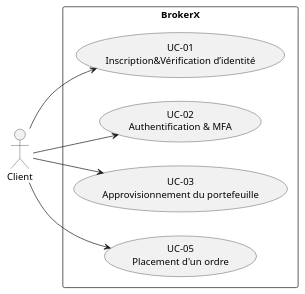
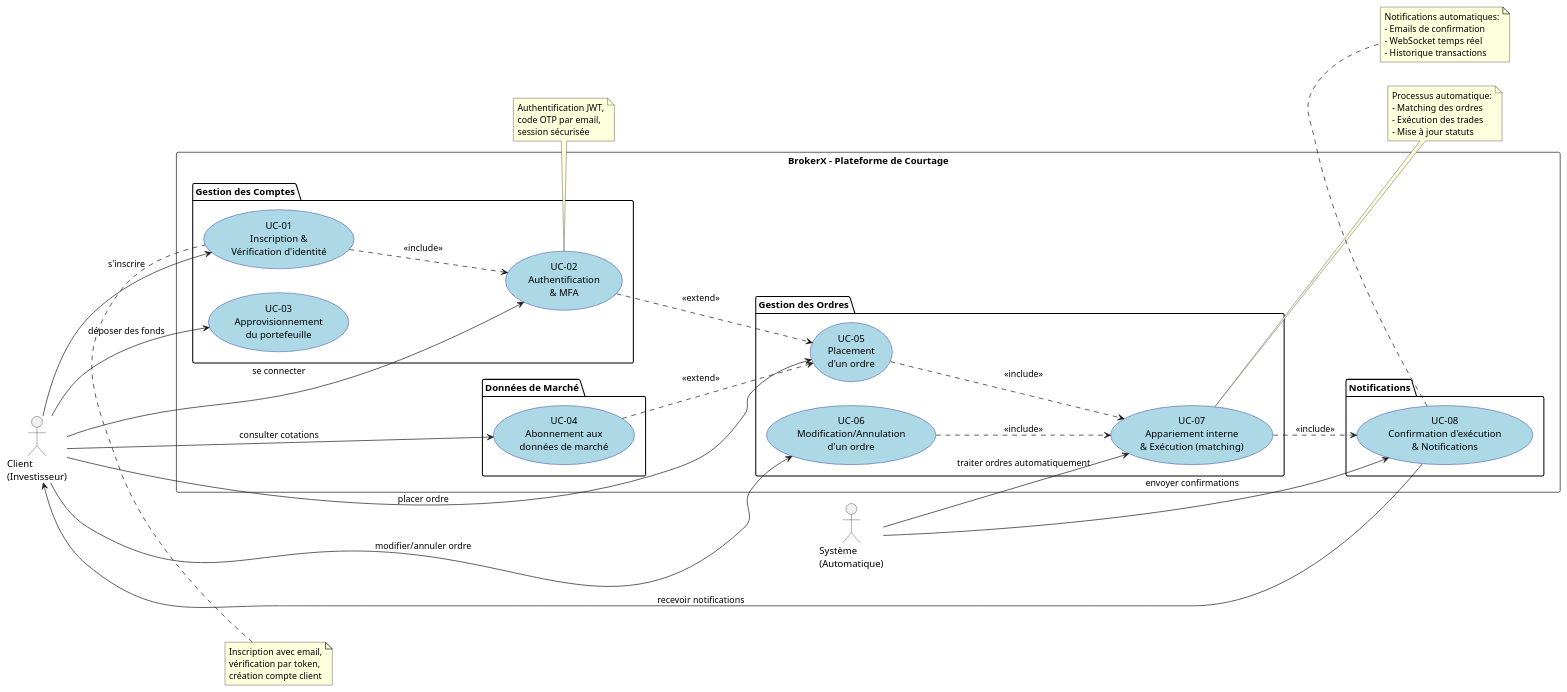
The diagram in docs/views/useCases.puml (primika27/BrokerX-phase2-micorservices-), drawn with PlantUML before and after one commit. The commit also changed 9 other files, not shown here.

Commit message:
uml modifs

```diff
--- a/docs/views/useCases.puml
+++ b/docs/views/useCases.puml
@@ -1,15 +1,81 @@
 @startuml
 left to right direction
-actor Client as C
+skinparam usecase {
+  BackgroundColor LightBlue
+  BorderColor DarkBlue
+}
 
-rectangle BrokerX {
-  usecase "UC-01\nInscription&Vérification d’identité" as UC01
-  usecase "UC-02\nAuthentification & MFA" as UC02
-  usecase "UC-03\nApprovisionnement du portefeuille" as UC03
-  usecase "UC-05\nPlacement d'un ordre" as UC05
+actor "Client\n(Investisseur)" as Client
+actor "Système\n(Automatique)" as System
+
+rectangle "BrokerX - Plateforme de Courtage" as BrokerX {
+  
+  package "Gestion des Comptes" {
+    usecase "UC-01\nInscription &\nVérification d'identité" as UC01
+    usecase "UC-02\nAuthentification\n& MFA" as UC02
+    usecase "UC-03\nApprovisionnement\ndu portefeuille" as UC03
+  }
+  
+  package "Données de Marché" {
+    usecase "UC-04\nAbonnement aux\ndonnées de marché" as UC04
+  }
+  
+  package "Gestion des Ordres" {
+    usecase "UC-05\nPlacement\nd'un ordre" as UC05
+    usecase "UC-06\nModification/Annulation\nd'un ordre" as UC06
+    usecase "UC-07\nAppariement interne\n& Exécution (matching)" as UC07
+  }
+  
+  package "Notifications" {
+    usecase "UC-08\nConfirmation d'exécution\n& Notifications" as UC08
+  }
 }
-C --> UC01
-C --> UC02
-C --> UC03
-C --> UC05
+
+' Relations Client
+Client --> UC01 : s'inscrire
+Client --> UC02 : se connecter
+Client --> UC03 : déposer des fonds
+Client --> UC04 : consulter cotations
+Client --> UC05 : placer ordre
+Client --> UC06 : modifier/annuler ordre
+Client <-- UC08 : recevoir notifications
+
+' Relations Système automatique
+System --> UC07 : traiter ordres automatiquement
+System --> UC08 : envoyer confirmations
+
+' Relations entre use cases
+UC01 ..> UC02 : <<include>>
+UC02 ..> UC05 : <<extend>>
+UC05 ..> UC07 : <<include>>
+UC07 ..> UC08 : <<include>>
+UC06 ..> UC07 : <<include>>
+UC04 ..> UC05 : <<extend>>
+
+note top of UC01
+Inscription avec email,
+vérification par token,
+création compte client
+end note
+
+note top of UC02
+Authentification JWT,
+code OTP par email,
+session sécurisée
+end note
+
+note right of UC07
+Processus automatique:
+- Matching des ordres
+- Exécution des trades
+- Mise à jour statuts
+end note
+
+note bottom of UC08
+Notifications automatiques:
+- Emails de confirmation
+- WebSocket temps réel
+- Historique transactions
+end note
+
 @enduml
```
